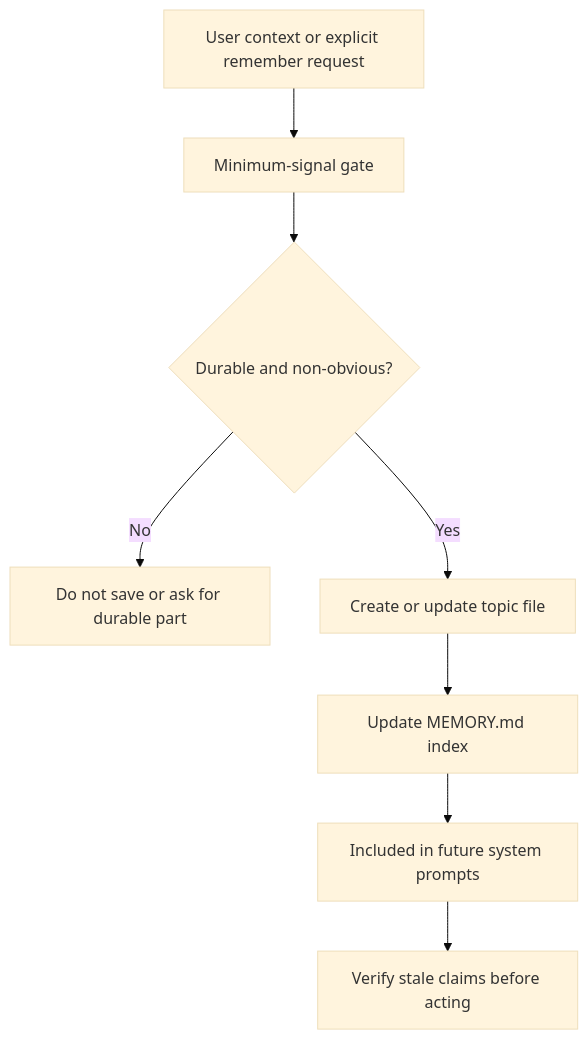
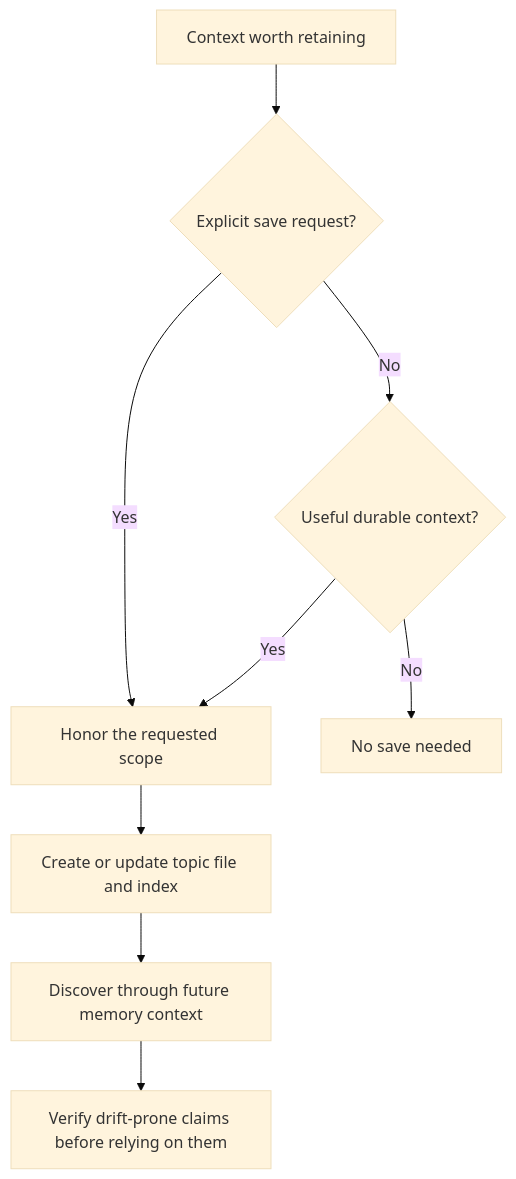
The diagram in docs/memory.md (FrauH0lle/mevedel), drawn with Mermaid (base theme) before and after one commit. The commit also changed other lines of this file and 201 other files, not shown here.

````diff
--- a/docs/memory.md
+++ b/docs/memory.md
@@ -11,10 +12,11 @@
 ```mermaid
 flowchart TD
-    A[User context or explicit remember request] --> B[Minimum-signal gate]
-    B --> C{Durable and non-obvious?}
-    C -- No --> D[Do not save or ask for durable part]
-    C -- Yes --> E[Create or update topic file]
-    E --> F[Update MEMORY.md index]
-    F --> G[Included in future system prompts]
-    G --> H[Verify stale claims before acting]
+    A[Context worth retaining] --> B{Explicit save request?}
+    B -- Yes --> C[Honor the requested scope]
+    B -- No --> D{Useful durable context?}
+    D -- No --> E[No save needed]
+    D -- Yes --> C
+    C --> F[Create or update topic file and index]
+    F --> G[Discover through future memory context]
+    G --> H[Verify drift-prone claims before relying on them]
 ```
````
